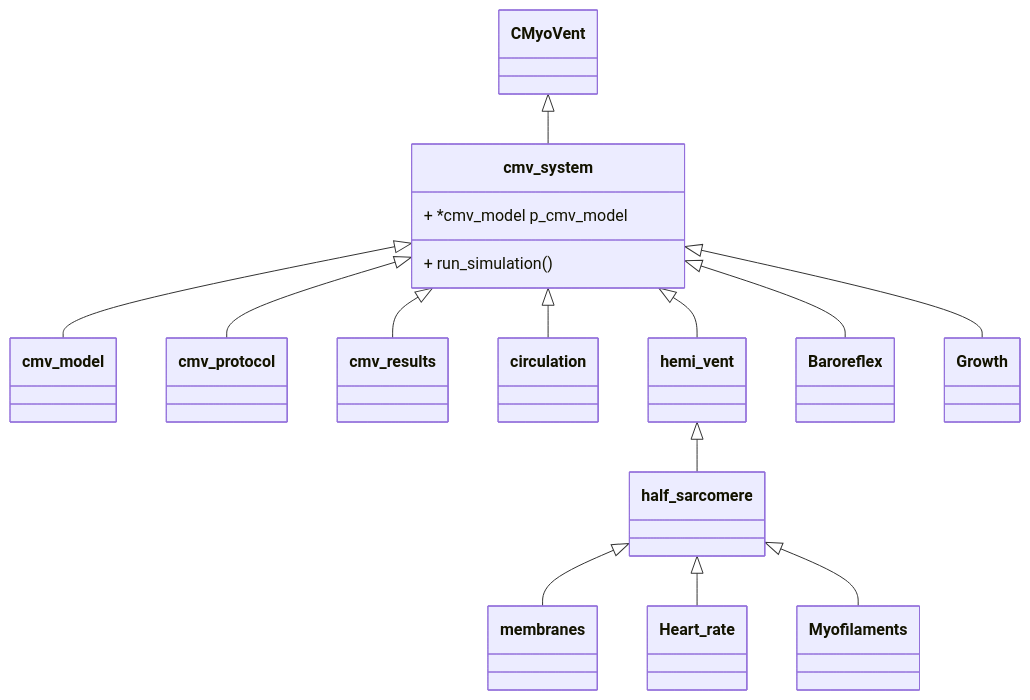
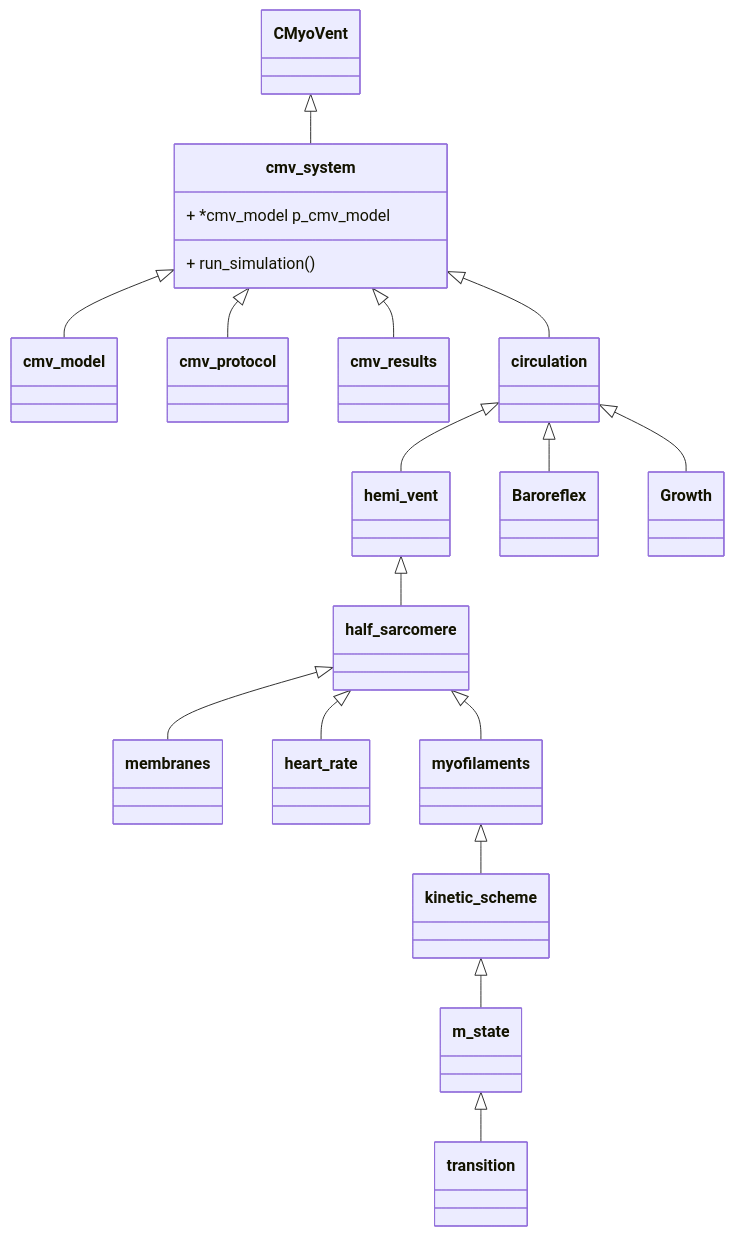
The diagram in README.md (Campbell-Muscle-Lab/MyoVent), drawn with Mermaid before and after one commit. The commit also changed 29 other files, not shown here.

Commit message:
Moved hemi_vent into circulation class

`````diff
--- a/README.md
+++ b/README.md
@@ -3,22 +3,25 @@
 ````mermaid
 
 classDiagram
 
     CMyoVent <|-- cmv_system
     cmv_system <|-- cmv_model
     cmv_system <|-- cmv_protocol
     cmv_system <|-- cmv_results
     cmv_system <|-- circulation
-    cmv_system <|-- hemi_vent
-    cmv_system <|-- Baroreflex
-    cmv_system <|-- Growth
+    circulation <|-- hemi_vent
+    circulation <|-- Baroreflex
+    circulation <|-- Growth
     hemi_vent <|-- half_sarcomere
     half_sarcomere <|-- membranes
-    half_sarcomere <|-- Heart_rate
-    half_sarcomere <|-- Myofilaments
+    half_sarcomere <|-- heart_rate
+    half_sarcomere <|-- myofilaments
+    myofilaments <|--kinetic_scheme
+    kinetic_scheme <|-- m_state
+    m_state <|-- transition
     
     cmv_system: + *cmv_model p_cmv_model
     cmv_system: + run_simulation()
 
 
 ````
`````
